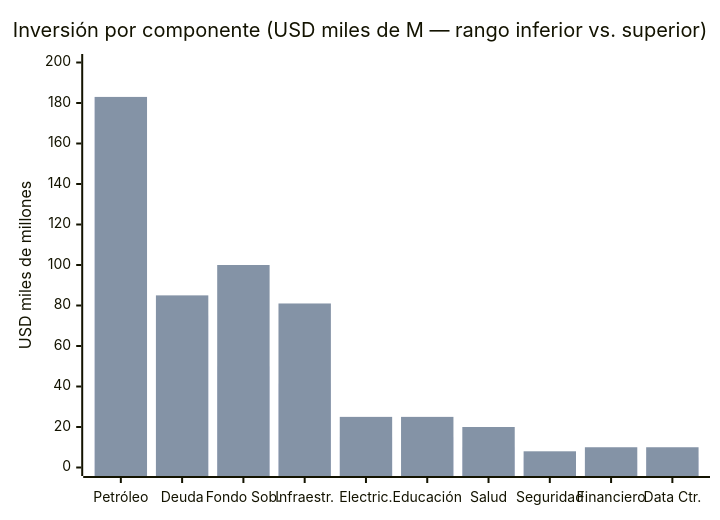
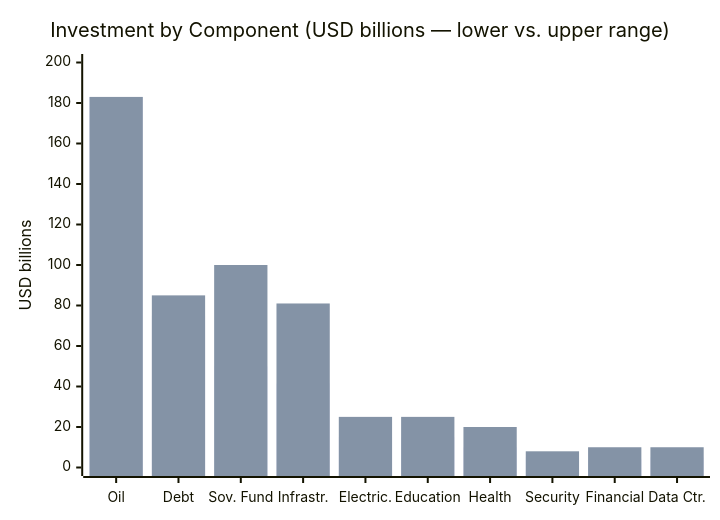
Before and after one commit to Venezuela-S-A/venezuela-sa: the second of 6 diagrams in i18n/en/docusaurus-plugin-content-docs/current/02-motor-financiero/inversion-inicial-fuentes.md, drawn with Mermaid. The commit also changed other lines of this file and 127 other files, not shown here.

````diff
--- a/i18n/en/docusaurus-plugin-content-docs/current/02-motor-financiero/inversion-inicial-fuentes.md
+++ b/i18n/en/docusaurus-plugin-content-docs/current/02-motor-financiero/inversion-inicial-fuentes.md
@@ -25,8 +25,8 @@
 ```mermaid
 xychart-beta
-    title "Inversión por componente (USD miles de M — rango inferior vs. superior)"
-    x-axis ["Petróleo", "Deuda", "Fondo Sob.", "Infraestr.", "Electric.", "Educación", "Salud", "Seguridad", "Financiero", "Data Ctr."]
-    y-axis "USD miles de millones" 0 --> 200
+    title "Investment by Component (USD billions — lower vs. upper range)"
+    x-axis ["Oil", "Debt", "Sov. Fund", "Infrastr.", "Electric.", "Education", "Health", "Security", "Financial", "Data Ctr."]
+    y-axis "USD billions" 0 --> 200
     bar [183, 75, 50, 41.5, 15, 15, 10, 5, 4, 5]
     bar [183, 85, 100, 81, 25, 25, 20, 8, 10, 10]
 ```
````
